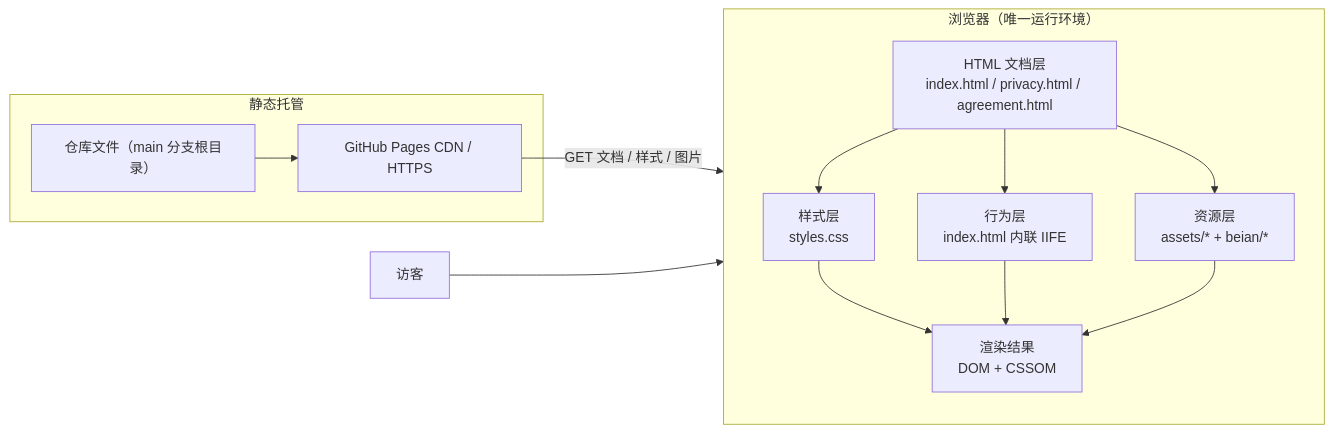
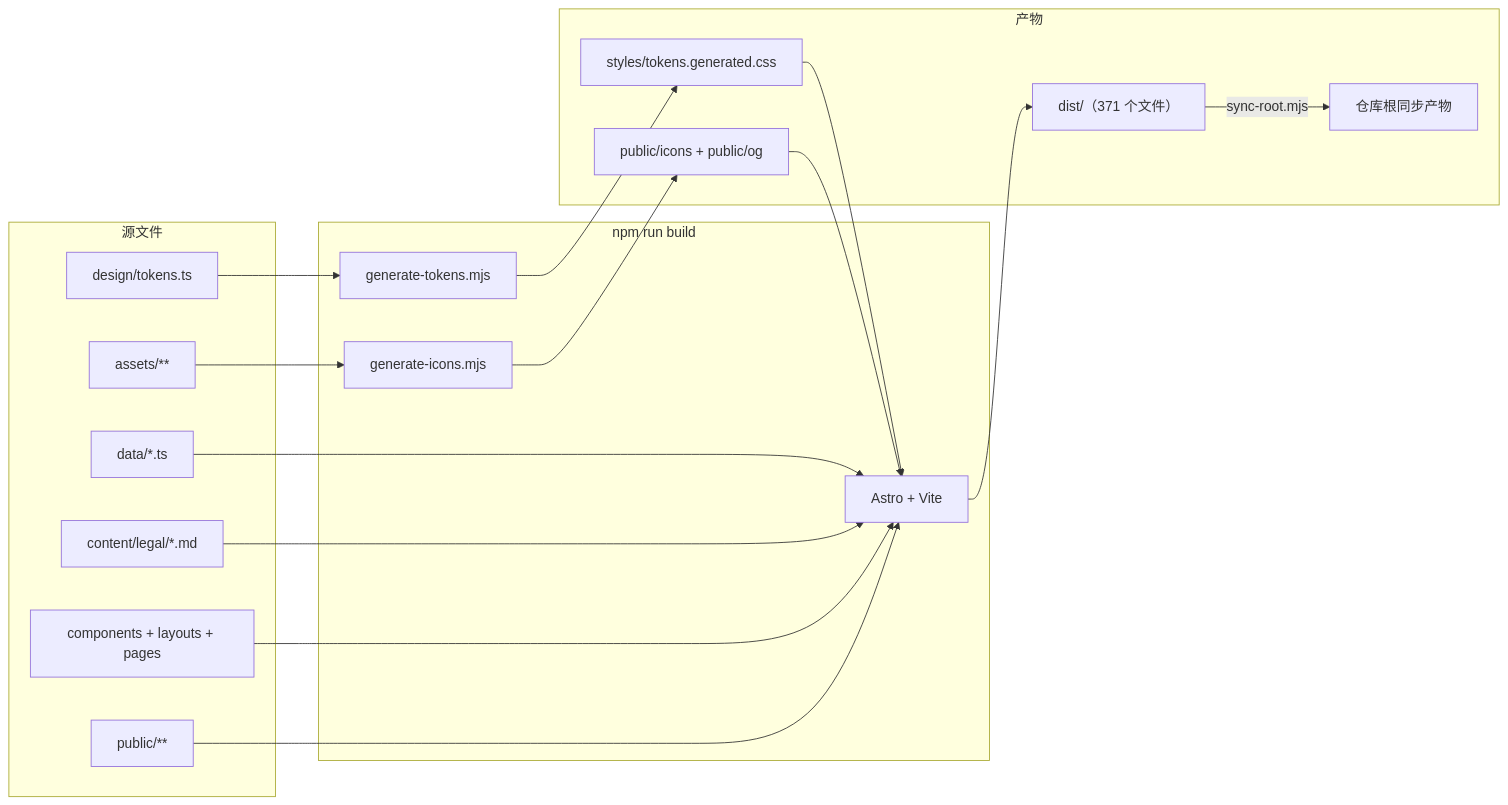
The diagram in wiki/01-architecture.md (kkkh/garden-website), drawn with Mermaid before and after one commit. The commit also changed other lines of this file and 18 other files, not shown here.

````diff
--- a/wiki/01-architecture.md
+++ b/wiki/01-architecture.md
@@ -50,26 +58,33 @@
 ```mermaid
 flowchart LR
-    subgraph Client["浏览器（唯一运行环境）"]
-        direction TB
-        H["HTML 文档层<br/>index.html / privacy.html / agreement.html"]
-        S["样式层<br/>styles.css"]
-        B["行为层<br/>index.html 内联 IIFE"]
-        A["资源层<br/>assets/* + beian/*"]
-        R["渲染结果<br/>DOM + CSSOM"]
-        H --> S
-        H --> B
-        H --> A
-        S --> R
-        B --> R
-        A --> R
+    subgraph Sources["源文件"]
+        T["design/tokens.ts"]
+        D["data/*.ts"]
+        C["content/legal/*.md"]
+        A["assets/**"]
+        S["components + layouts + pages"]
+        P["public/**"]
     end
 
-    subgraph Host["静态托管"]
-        F["仓库文件（main 分支根目录）"]
-        CDN["GitHub Pages CDN / HTTPS"]
-        F --> CDN
+    subgraph Build["npm run build"]
+        GT["generate-tokens.mjs"]
+        GI["generate-icons.mjs"]
+        AC["Astro + Vite"]
     end
 
-    CDN -->|"GET 文档 / 样式 / 图片"| Client
-    U["访客"] --> Client
+    subgraph Output["产物"]
+        CSS["styles/tokens.generated.css"]
+        ICONS["public/icons + public/og"]
+        DIST["dist/（371 个文件）"]
+        ROOT["仓库根同步产物"]
+    end
+
+    T --> GT --> CSS --> AC
+    A --> GI --> ICONS --> AC
+    D --> AC
+    C --> AC
+    S --> AC
+    P --> AC
+    AC --> DIST
+    DIST -->|sync-root.mjs| ROOT
 ```
````
